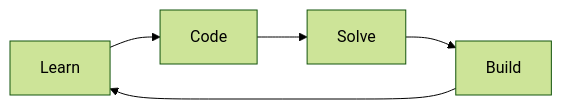
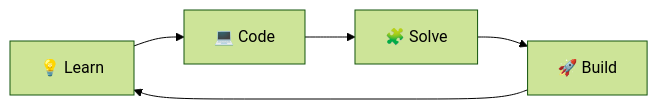
The first of 2 diagrams in README.md (sanjeetkumar989159-hub/sanjeetkumar989159-hub), drawn with Mermaid (forest theme) before and after one commit. The commit also changed other lines of this file, not shown here.

````diff
--- a/README.md
+++ b/README.md
@@ -92,7 +115,7 @@
 ```mermaid
 graph LR;
-A[Learn] --> B[Code]
-B --> C[Solve]
-C --> D[Build]
+A[💡 Learn] --> B[💻 Code]
+B --> C[🧩 Solve]
+C --> D[🚀 Build]
 D --> A
 ```
````
